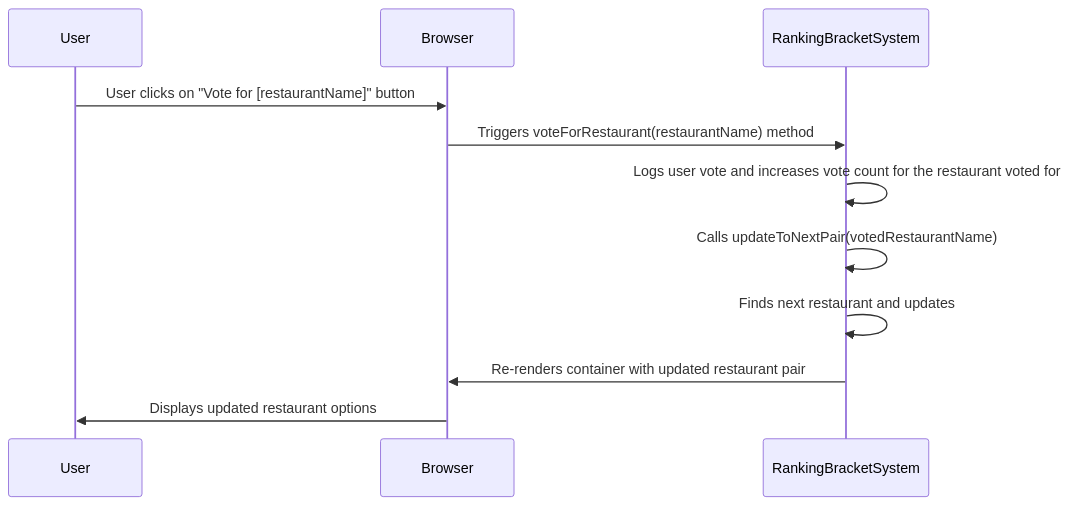
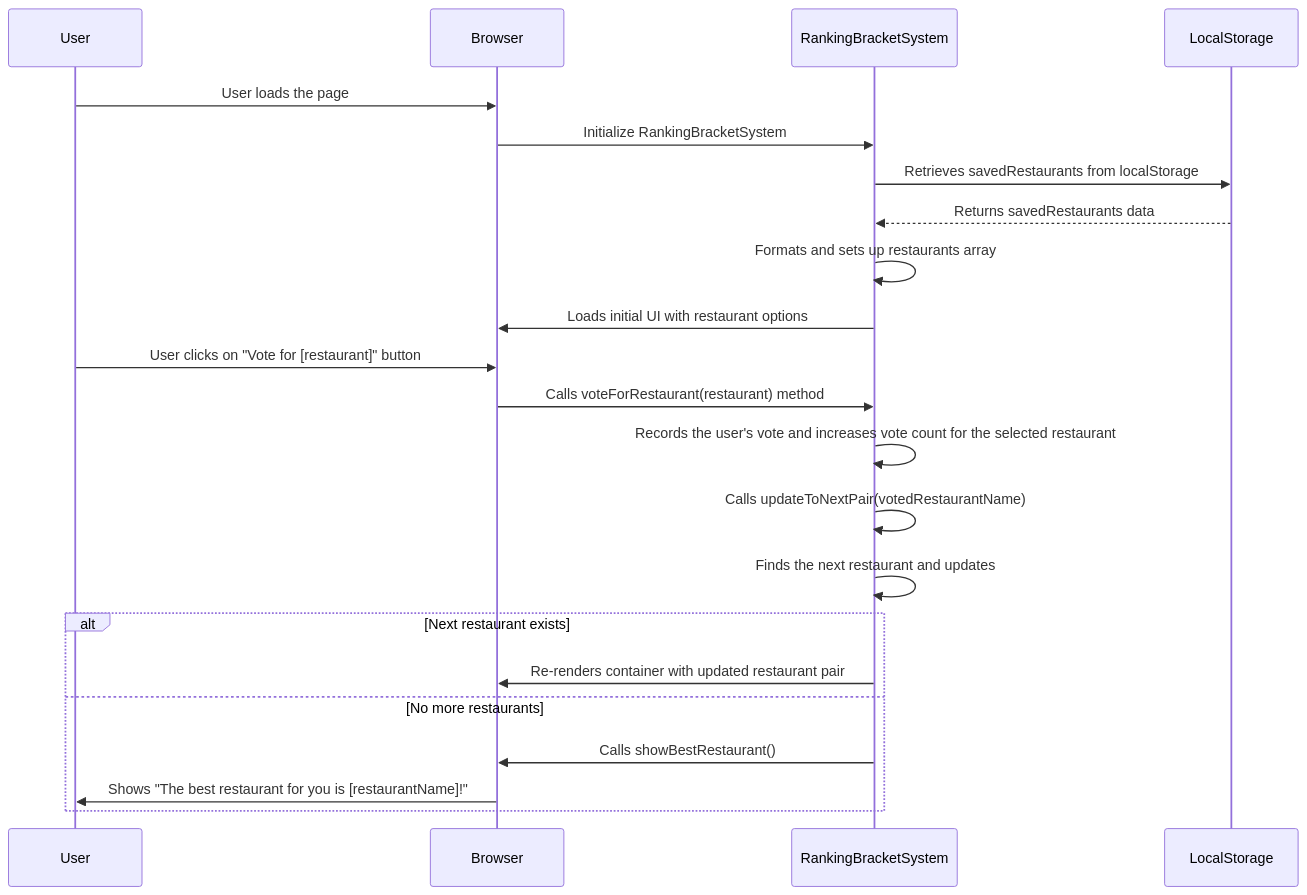
Before and after one commit to addie-p/Team20-Project: the diagram in team/m3/carol-ding/feature-sequence-diagram.md, drawn with Mermaid.

Commit message:
Update feature-sequence-diagram.md after changing some logic in the code
I changed the logic in ranking_bracket_system because the render function also renders the navbar each time, so I had to make sure it didn't render the navbar too. As a result, some functionality in the code changed.

````diff
--- a/team/m3/carol-ding/feature-sequence-diagram.md
+++ b/team/m3/carol-ding/feature-sequence-diagram.md
@@ -10,15 +10,27 @@
 ```mermaid
 sequenceDiagram
     participant User
     participant Browser
     participant RankingBracketSystem
+    participant LocalStorage
 
-    User->>Browser: User clicks on "Vote for [restaurantName]" button
-    Browser->>RankingBracketSystem: Triggers voteForRestaurant(restaurantName) method
-    RankingBracketSystem->>RankingBracketSystem: Logs user vote and increases vote count for the restaurant voted for
+    User->>Browser: User loads the page
+    Browser->>RankingBracketSystem: Initialize RankingBracketSystem
+    RankingBracketSystem->>LocalStorage: Retrieves savedRestaurants from localStorage
+    LocalStorage-->>RankingBracketSystem: Returns savedRestaurants data
+    RankingBracketSystem->>RankingBracketSystem: Formats and sets up restaurants array
+    RankingBracketSystem->>Browser: Loads initial UI with restaurant options
+
+    User->>Browser: User clicks on "Vote for [restaurant]" button
+    Browser->>RankingBracketSystem: Calls voteForRestaurant(restaurant) method
+    RankingBracketSystem->>RankingBracketSystem: Records the user's vote and increases vote count for the selected restaurant
     RankingBracketSystem->>RankingBracketSystem: Calls updateToNextPair(votedRestaurantName)
-    RankingBracketSystem->>RankingBracketSystem: Finds next restaurant and updates #currentPair
-    RankingBracketSystem->>Browser: Re-renders container with updated restaurant pair
-    Browser->>User: Displays updated restaurant options
+    RankingBracketSystem->>RankingBracketSystem: Finds the next restaurant and updates #currentPair
+    alt Next restaurant exists
+        RankingBracketSystem->>Browser: Re-renders container with updated restaurant pair
+    else No more restaurants
+        RankingBracketSystem->>Browser: Calls showBestRestaurant()
+        Browser->>User: Shows "The best restaurant for you is [restaurantName]!"
+    end
 
 ```
````
